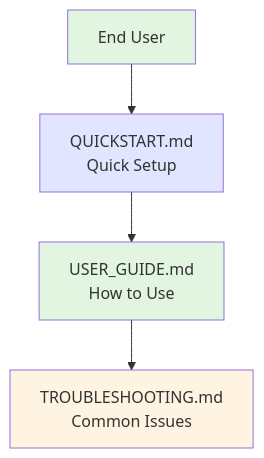
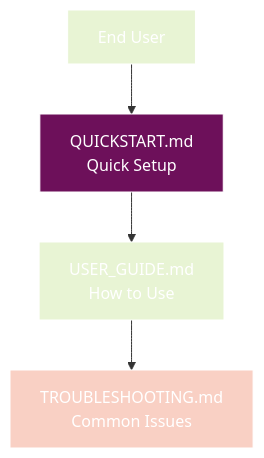
One commit to radicalkjax/Athena changed the fourth of 4 diagrams in docs/README.md. Above: the diagram before and after it, drawn with Mermaid. The commit also changed other lines of this file and 27 other files, not shown here.

Commit message:
Introduction of expo package manager. Updated docs to reflect changes. Unified mermaid theme for docs.

````diff
--- a/docs/README.md
+++ b/docs/README.md
@@ -114,11 +177,32 @@
 ```mermaid
+%%{init: {
+  'theme': 'base',
+  'themeVariables': {
+    'primaryColor': '#6d105a',
+    'primaryTextColor': '#ffffff',
+    'primaryBorderColor': '#ffffff',
+    'lineColor': '#333333',
+    'secondaryColor': '#e8f4d4',
+    'secondaryTextColor': '#333333',
+    'secondaryBorderColor': '#333333',
+    'tertiaryColor': '#f9d0c4',
+    'tertiaryTextColor': '#333333',
+    'tertiaryBorderColor': '#333333',
+    'background': '#ffffff',
+    'mainBkg': '#6d105a',
+    'secondBkg': '#e8f4d4',
+    'tertiaryBkg': '#f9d0c4',
+    'textColor': '#333333',
+    'fontFamily': 'Arial, sans-serif'
+  }
+}}%%
 flowchart TD
     User[End User] --> Quick[QUICKSTART.md<br/>Quick Setup]
     Quick --> Guide[USER_GUIDE.md<br/>How to Use]
     Guide --> Trouble[TROUBLESHOOTING.md<br/>Common Issues]
     
-    style User fill:#e1f5e1
-    style Quick fill:#e1e5ff
-    style Guide fill:#e1f5e1
-    style Trouble fill:#fff4e1
+    style User fill:#e8f4d4
+    style Quick fill:#6d105a
+    style Guide fill:#e8f4d4
+    style Trouble fill:#f9d0c4
 ```
````
